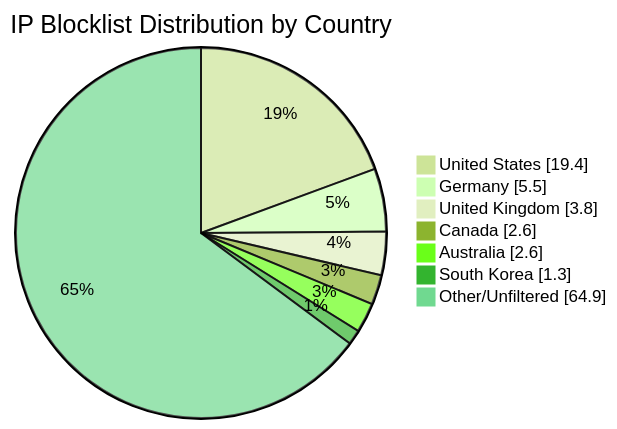
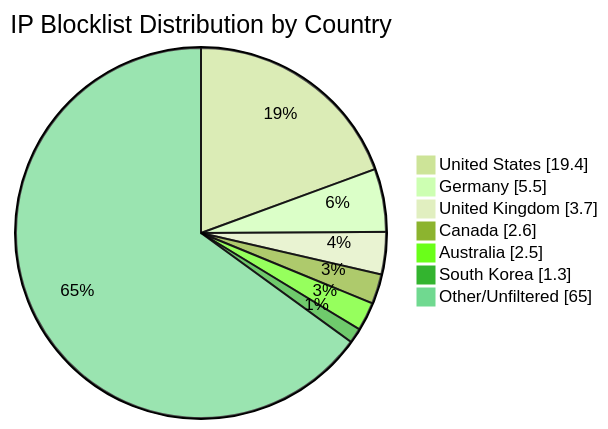
One commit to MarcusHoltz/ipblocklist-geofiltered-aggregator changed the diagram in README.md. Above: the diagram before and after it, drawn with Mermaid (forest theme). The commit also changed other lines of this file and 9 other files, not shown here.

````diff
--- a/README.md
+++ b/README.md
@@ -34,10 +34,10 @@
 ```mermaid
 pie showData title IP Blocklist Distribution by Country
 "United States" : 19.4
 "Germany" : 5.5
-"United Kingdom" : 3.8
+"United Kingdom" : 3.7
 "Canada" : 2.6
-"Australia" : 2.6
+"Australia" : 2.5
 "South Korea" : 1.3
-"Other/Unfiltered" : 64.9
+"Other/Unfiltered" : 65.0
 ```
````
